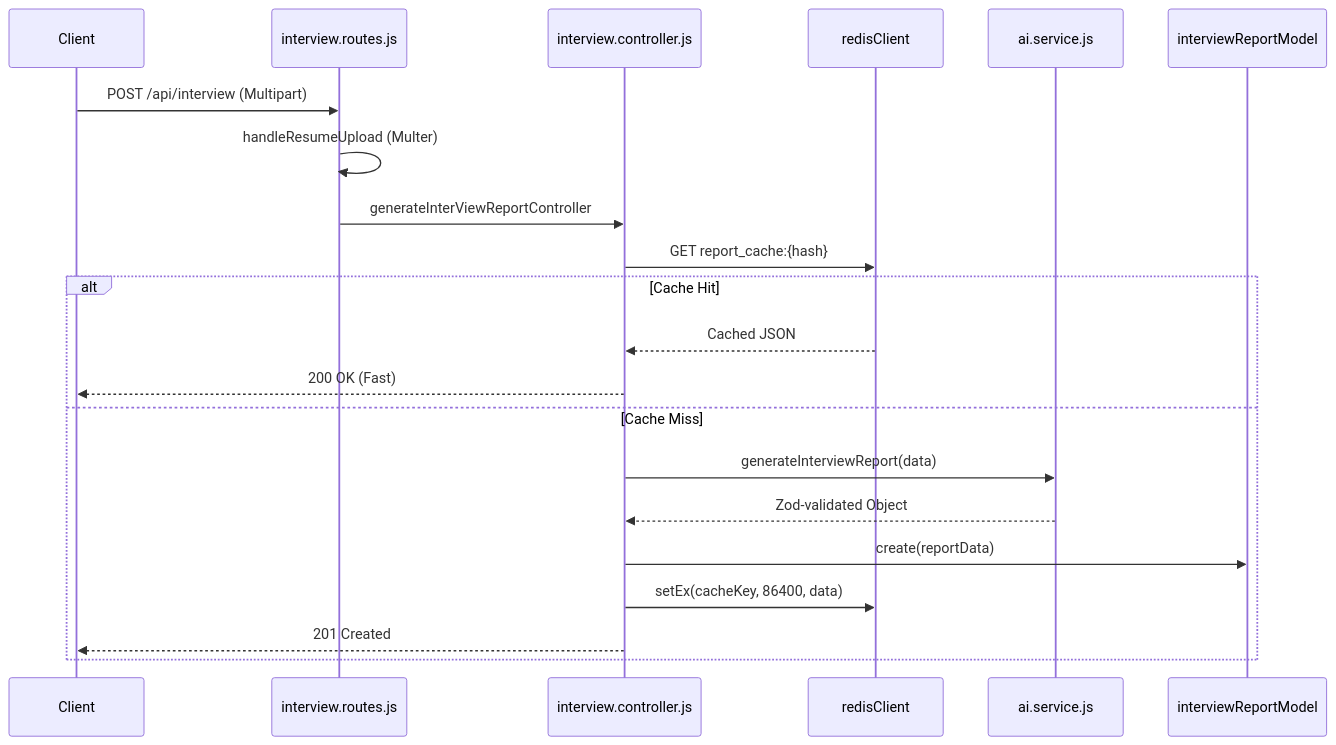
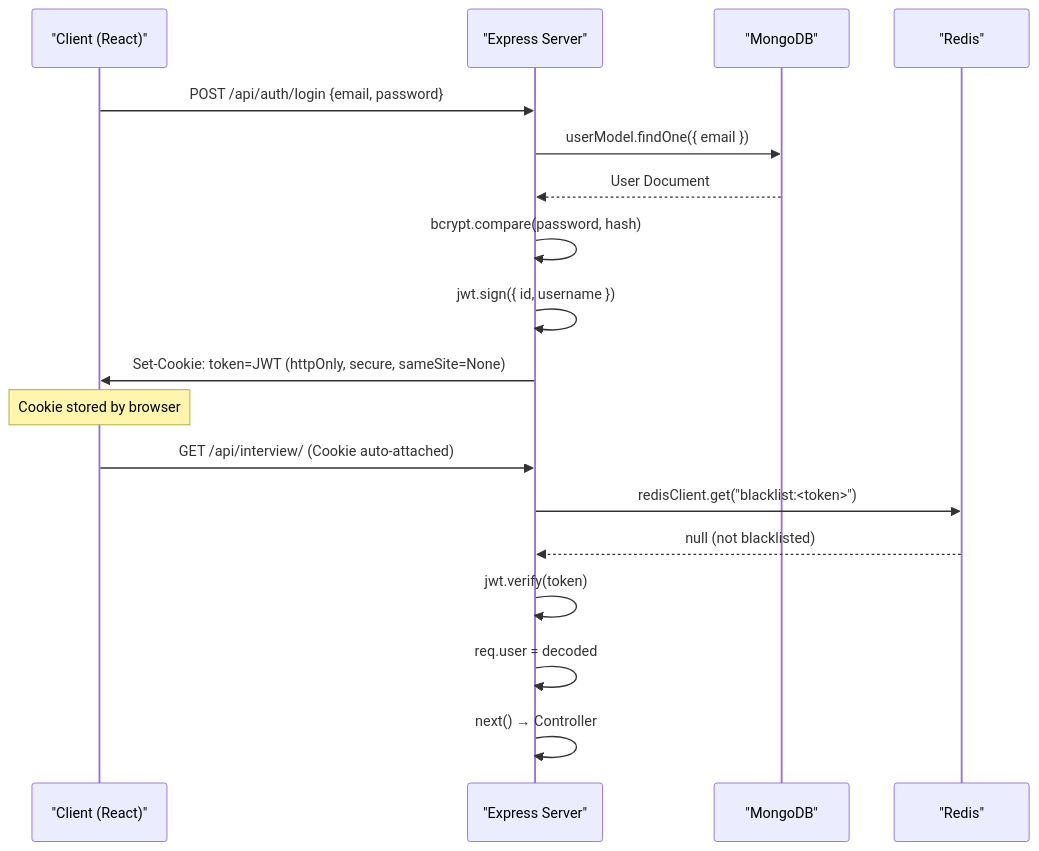
One commit to harshitzofficial/-HirePrep-AI changed the tenth of 16 diagrams in README.md. Above: the diagram before and after it, drawn with Mermaid. The commit also changed other lines of this file, not shown here.

````diff
--- a/README.md
+++ b/README.md
@@ -612,24 +691,22 @@
 ```mermaid
 sequenceDiagram
-    participant Client
-    participant Router as interview.routes.js
-    participant Ctrl as interview.controller.js
-    participant Redis as redisClient
-    participant AI as ai.service.js
-    participant DB as interviewReportModel
- 
-    Client->>Router: POST /api/interview (Multipart)
-    Router->>Router: handleResumeUpload (Multer)
-    Router->>Ctrl: generateInterViewReportController
-    Ctrl->>Redis: GET report_cache:{hash}
-    alt Cache Hit
-        Redis-->>Ctrl: Cached JSON
-        Ctrl-->>Client: 200 OK (Fast)
-    else Cache Miss
-        Ctrl->>AI: generateInterviewReport(data)
-        AI-->>Ctrl: Zod-validated Object
-        Ctrl->>DB: create(reportData)
-        Ctrl->>Redis: setEx(cacheKey, 86400, data)
-        Ctrl-->>Client: 201 Created
-    end
+    participant C as "Client (React)"
+    participant S as "Express Server"
+    participant DB as "MongoDB"
+    participant R as "Redis"
+
+    C->>S: POST /api/auth/login {email, password}
+    S->>DB: userModel.findOne({ email })
+    DB-->>S: User Document
+    S->>S: bcrypt.compare(password, hash)
+    S->>S: jwt.sign({ id, username })
+    S->>C: Set-Cookie: token=JWT (httpOnly, secure, sameSite=None)
+    Note over C: Cookie stored by browser
+
+    C->>S: GET /api/interview/ (Cookie auto-attached)
+    S->>R: redisClient.get("blacklist:<token>")
+    R-->>S: null (not blacklisted)
+    S->>S: jwt.verify(token)
+    S->>S: req.user = decoded
+    S->>S: next() → Controller
 ```
````
